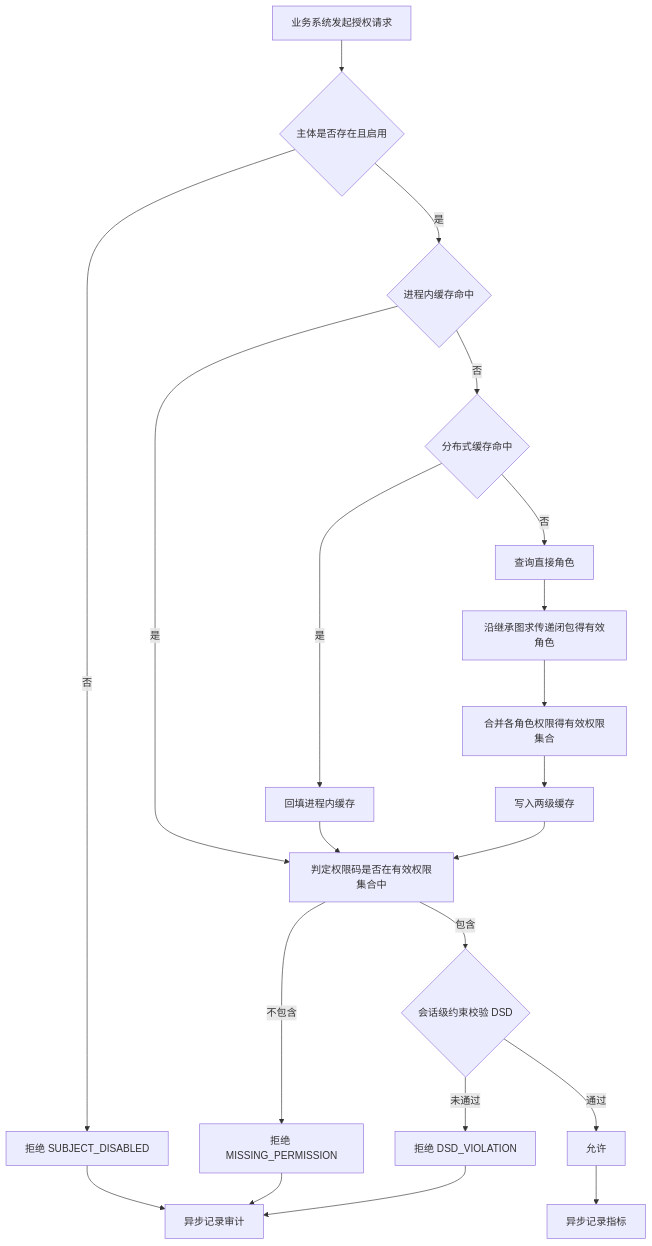
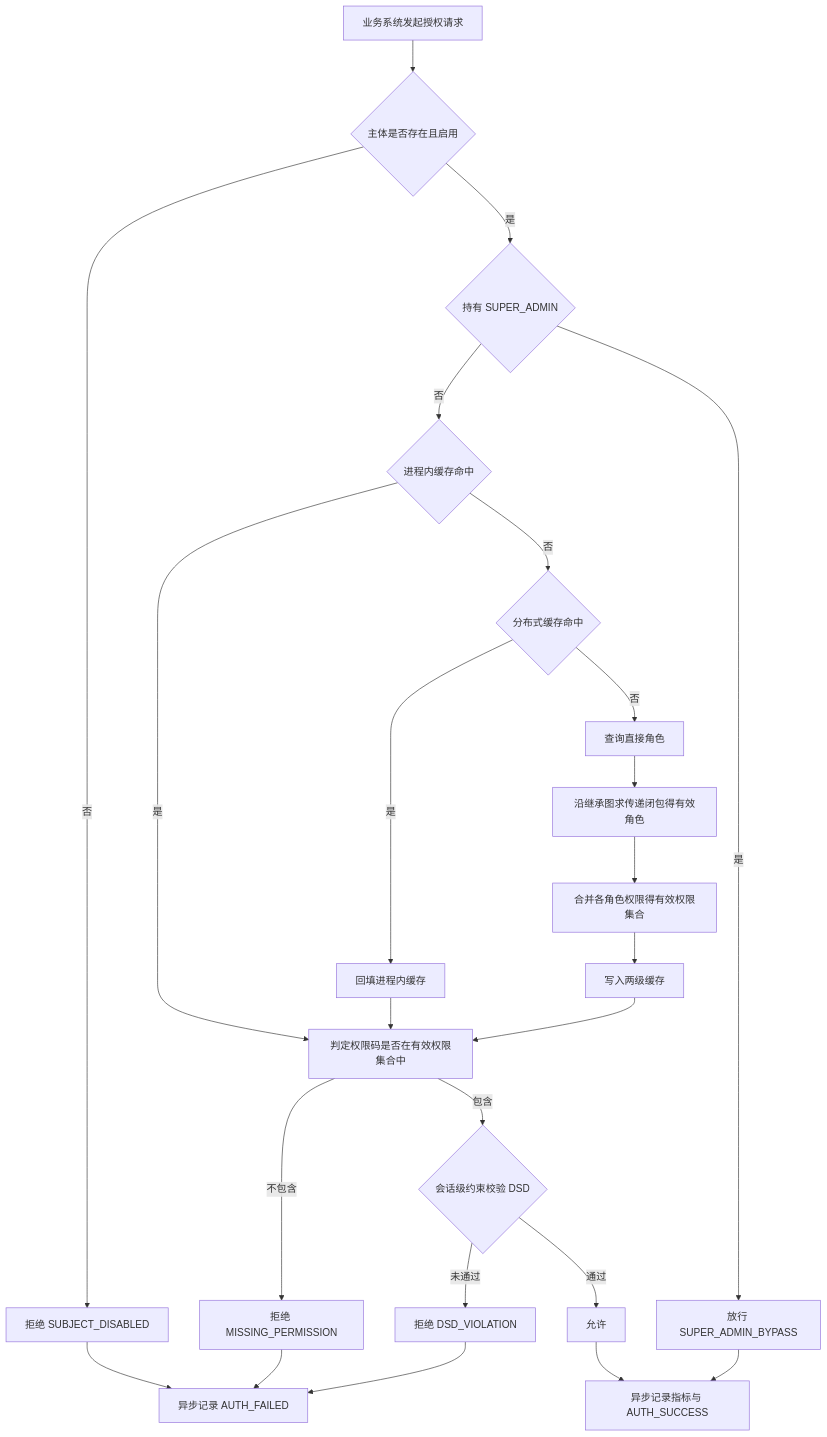
Before and after one commit to vintcessun/OOAD: the fifth of 7 diagrams in docs/01-srs.md, drawn with Mermaid. The commit also changed other lines of this file and 13 other files, not shown here.

````diff
--- a/docs/01-srs.md
+++ b/docs/01-srs.md
@@ -1391,21 +1437,24 @@
 ```mermaid
 flowchart TD
     A[业务系统发起授权请求] --> B{主体是否存在且启用}
     B -- 否 --> Z1[拒绝 SUBJECT_DISABLED]
-    B -- 是 --> C{进程内缓存命中}
+    B -- 是 --> SA{持有 SUPER_ADMIN}
+    SA -- 是 --> Y2[放行 SUPER_ADMIN_BYPASS]
+    SA -- 否 --> C{进程内缓存命中}
     C -- 是 --> H[判定权限码是否在有效权限集合中]
     C -- 否 --> D{分布式缓存命中}
     D -- 是 --> D1[回填进程内缓存] --> H
     D -- 否 --> E[查询直接角色]
     E --> F[沿继承图求传递闭包得有效角色]
     F --> G[合并各角色权限得有效权限集合]
     G --> G1[写入两级缓存] --> H
     H -- 不包含 --> Z2[拒绝 MISSING_PERMISSION]
     H -- 包含 --> I{会话级约束校验 DSD}
     I -- 未通过 --> Z3[拒绝 DSD_VIOLATION]
     I -- 通过 --> Y[允许]
-    Y --> M[异步记录指标]
-    Z1 --> N[异步记录审计]
+    Y --> M[异步记录指标与 AUTH_SUCCESS]
+    Y2 --> M
+    Z1 --> N[异步记录 AUTH_FAILED]
     Z2 --> N
     Z3 --> N
 ```
````
